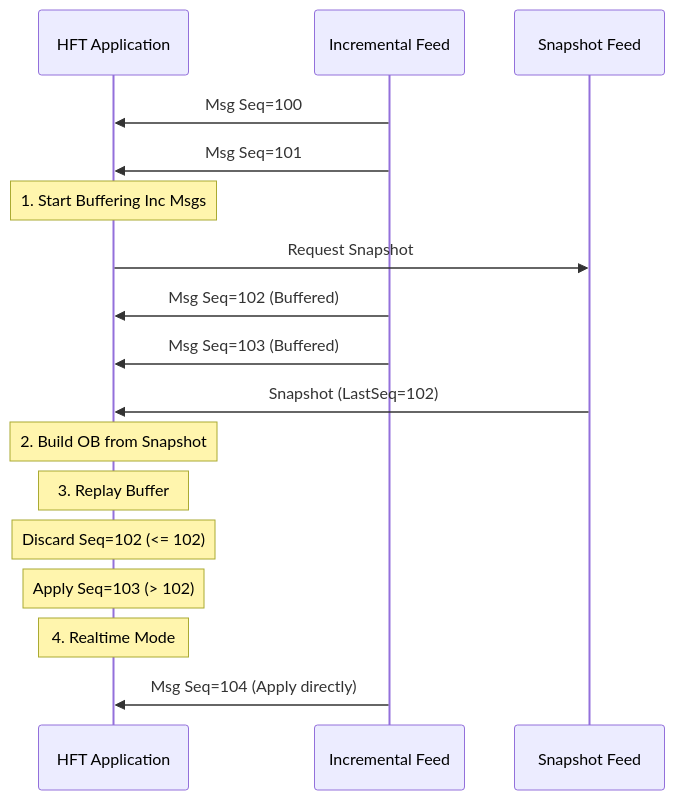
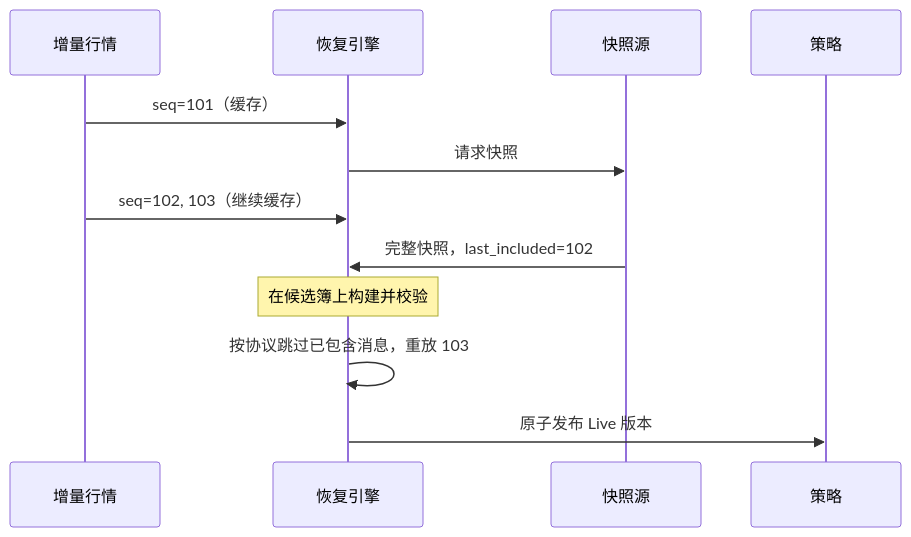
One commit to xizheyin/hft-book-rs changed the second of 2 diagrams in src/connectivity/incremental_updates.md. Above: the diagram before and after it, drawn with Mermaid. The commit also changed other lines of this file and 88 other files, not shown here.

````diff
--- a/src/connectivity/incremental_updates.md
+++ b/src/connectivity/incremental_updates.md
@@ -40,20 +64,15 @@
 ```mermaid
 sequenceDiagram
-    participant App as HFT Application
-    participant Inc as Incremental Feed
-    participant Snap as Snapshot Feed
-    
-    Inc->>App: Msg Seq=100
-    Inc->>App: Msg Seq=101
-    Note over App: 1. Start Buffering Inc Msgs
-    App->>Snap: Request Snapshot
-    Inc->>App: Msg Seq=102 (Buffered)
-    Inc->>App: Msg Seq=103 (Buffered)
-    Snap->>App: Snapshot (LastSeq=102)
-    Note over App: 2. Build OB from Snapshot
-    Note over App: 3. Replay Buffer
-    Note over App: Discard Seq=102 (<= 102)
-    Note over App: Apply Seq=103 (> 102)
-    Note over App: 4. Realtime Mode
-    Inc->>App: Msg Seq=104 (Apply directly)
+    participant Feed as 增量行情
+    participant Engine as 恢复引擎
+    participant Snap as 快照源
+    participant Strategy as 策略
+
+    Feed->>Engine: seq=101（缓存）
+    Engine->>Snap: 请求快照
+    Feed->>Engine: seq=102, 103（继续缓存）
+    Snap->>Engine: 完整快照，last_included=102
+    Note over Engine: 在候选簿上构建并校验
+    Engine->>Engine: 按协议跳过已包含消息，重放 103
+    Engine->>Strategy: 原子发布 Live 版本
 ```
````
